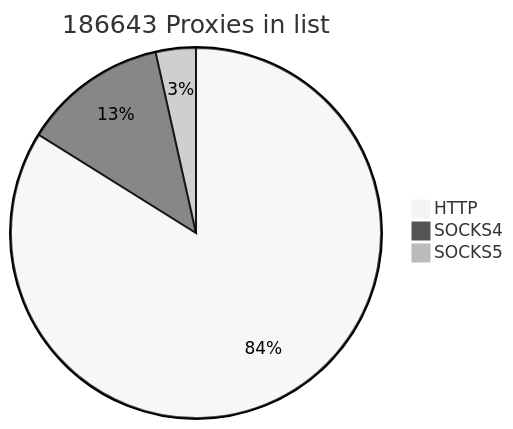
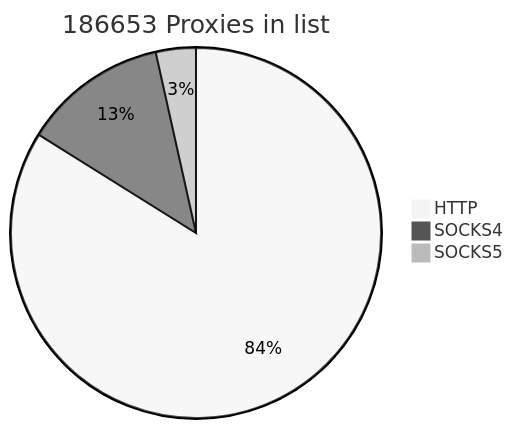
Before and after one commit to cutipu/proxylist: the first of 2 diagrams in README.md, drawn with Mermaid (neutral theme). The commit also changed other lines of this file, not shown here.

````diff
--- a/README.md
+++ b/README.md
@@ -2,7 +2,7 @@
 ```mermaid
-pie title 186643 Proxies in list
-    "HTTP" : 156569
-    "SOCKS4" : 23543
-    "SOCKS5" : 6531
+pie title 186653 Proxies in list
+    "HTTP" : 156595
+    "SOCKS4" : 23540
+    "SOCKS5" : 6518
             
 ```
````
